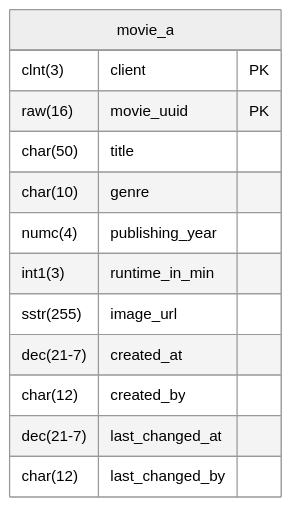
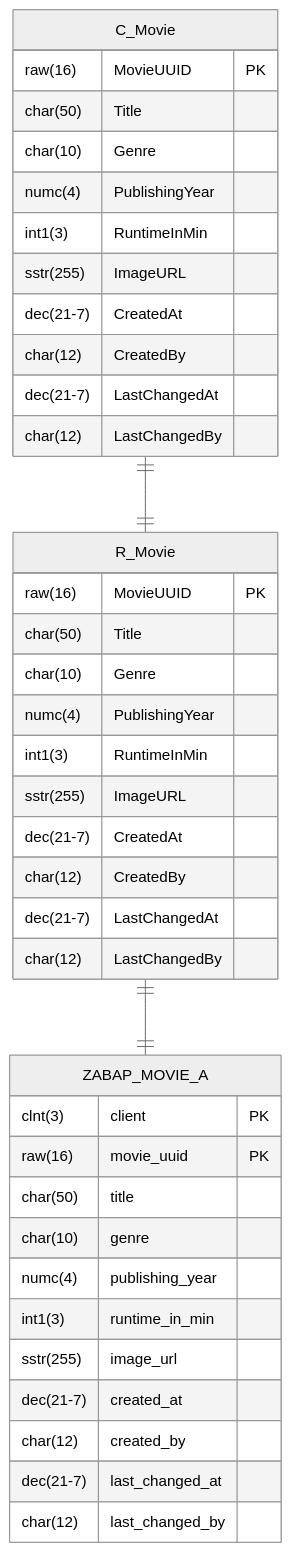
The diagram in docs/exercises/rap/rap-01.md (appenmaier/s4hana), drawn with Mermaid (neutral theme) before and after one commit. The commit also changed other lines of this file and 4 other files, not shown here.

````diff
--- a/docs/exercises/rap/rap-01.md
+++ b/docs/exercises/rap/rap-01.md
@@ -14,16 +13,45 @@
 ```mermaid
 erDiagram
-    movie_a {
+    R_Movie ||--|| ZABAP_MOVIE_A  : ""
+    C_Movie ||--|| R_Movie  : ""
+
+    ZABAP_MOVIE_A {
         clnt(3) client PK
         raw(16) movie_uuid PK
         char(50) title
         char(10) genre
         numc(4) publishing_year
         int1(3) runtime_in_min
         sstr(255) image_url
         dec(21-7) created_at
         char(12) created_by
         dec(21-7) last_changed_at
         char(12) last_changed_by
     }
+
+    R_Movie {
+        raw(16) MovieUUID PK
+        char(50) Title
+        char(10) Genre
+        numc(4) PublishingYear
+        int1(3) RuntimeInMin
+        sstr(255) ImageURL
+        dec(21-7) CreatedAt
+        char(12) CreatedBy
+        dec(21-7) LastChangedAt
+        char(12) LastChangedBy
+    }
+
+    C_Movie {
+        raw(16) MovieUUID PK
+        char(50) Title
+        char(10) Genre
+        numc(4) PublishingYear
+        int1(3) RuntimeInMin
+        sstr(255) ImageURL
+        dec(21-7) CreatedAt
+        char(12) CreatedBy
+        dec(21-7) LastChangedAt
+        char(12) LastChangedBy
+    }
 ```
````
